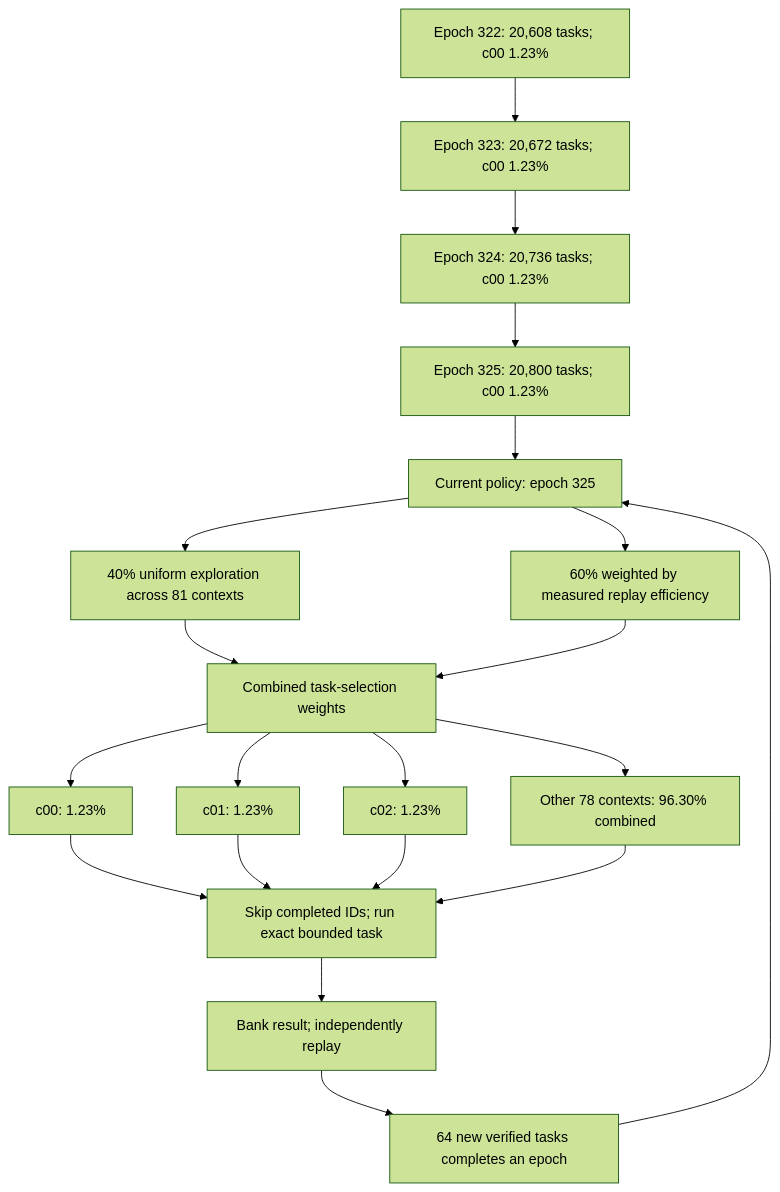
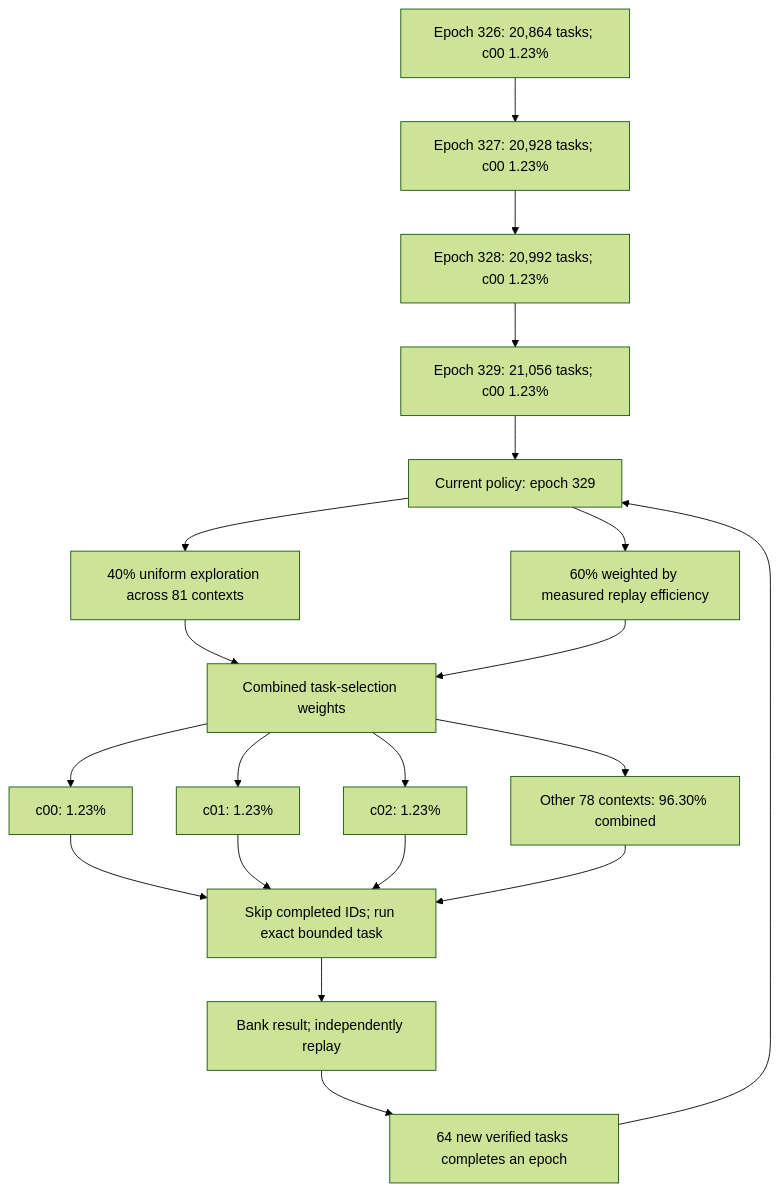
One commit to Kuberwastaken/math-gambling changed the first of 2 diagrams in README.md. Above: the diagram before and after it, drawn with Mermaid (forest theme). The commit also changed other lines of this file and 598 other files, not shown here.

````diff
--- a/README.md
+++ b/README.md
@@ -49,27 +49,27 @@
 ```mermaid
 flowchart TD
-    H0["Epoch 322: 20,608 tasks; c00 1.23%"]
-    H1["Epoch 323: 20,672 tasks; c00 1.23%"]
+    H0["Epoch 326: 20,864 tasks; c00 1.23%"]
+    H1["Epoch 327: 20,928 tasks; c00 1.23%"]
     H0 --> H1
-    H2["Epoch 324: 20,736 tasks; c00 1.23%"]
+    H2["Epoch 328: 20,992 tasks; c00 1.23%"]
     H1 --> H2
-    H3["Epoch 325: 20,800 tasks; c00 1.23%"]
+    H3["Epoch 329: 21,056 tasks; c00 1.23%"]
     H2 --> H3
-    Policy["Current policy: epoch 325"]
+    Policy["Current policy: epoch 329"]
     H3 --> Policy
     Policy --> Explore["40% uniform exploration across 81 contexts"]
     Policy --> Cost["60% weighted by measured replay efficiency"]
     Explore --> Mix["Combined task-selection weights"]
     Cost --> Mix
     Mix --> C0["c00: 1.23%"]
     Mix --> C1["c01: 1.23%"]
     Mix --> C2["c02: 1.23%"]
     Mix --> Rest["Other 78 contexts: 96.30% combined"]
     C0 --> Check["Skip completed IDs; run exact bounded task"]
     C1 --> Check
     C2 --> Check
     Rest --> Check
     Check --> Replay["Bank result; independently replay"]
     Replay --> Gate["64 new verified tasks completes an epoch"]
     Gate --> Policy
 ```
````
